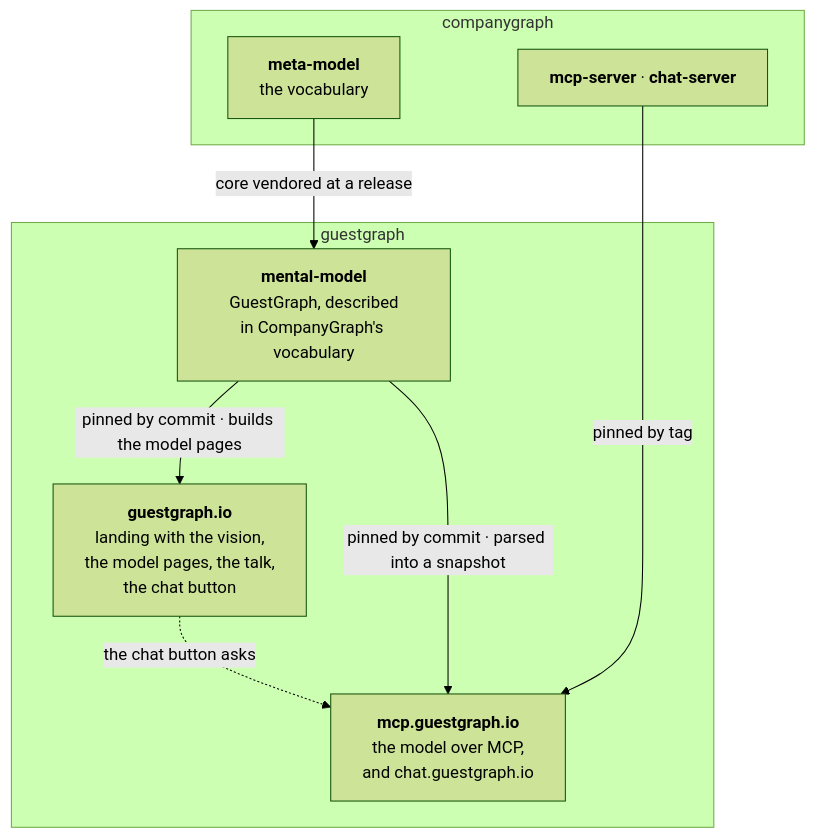
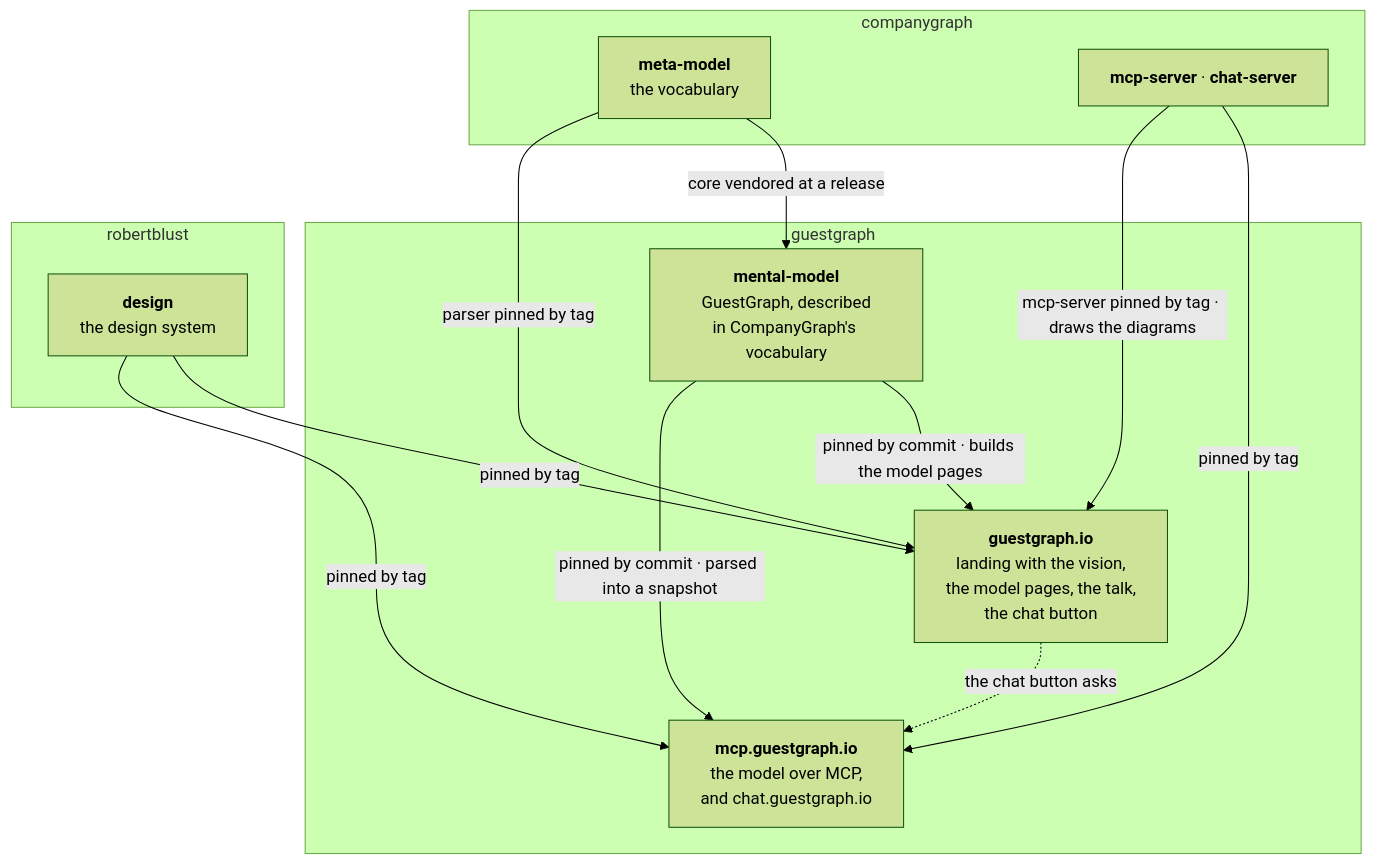
One commit to guestgraph/.github changed the second of 2 diagrams in profile/README.md. Above: the diagram before and after it, drawn with Mermaid (forest theme). The commit also changed other lines of this file, not shown here.

Commit message:
The profile draws every pin guestgraph.io and the MCP host take
The diagram of GuestGraph's own model showed only the pins that carry the model, while guestgraph.io also runs the meta-model's instance parser and the mcp-server's diagrams at a tag, and both guestgraph.io and mcp-guestgraph-io take robertblust/design at a tag, as their package.json files name it. Those edges are now drawn in the diagram's own style, with design in a subgraph of its own organization.

The introduction is now called short rather than given a length in minutes, because the talk's length moves with every edit and nothing here would notice.

Verified: the diagram renders with mmdc, and sh conventions/conventions-check, sh conventions/conventions-format and sh conventions/conventions-sync check passed.

Process: Delivery
Phase: Implement
Track: Prose

````diff
--- a/profile/README.md
+++ b/profile/README.md
@@ -58,19 +58,26 @@
 ```mermaid
 flowchart TB
     subgraph gg["guestgraph"]
         GGMM["<b>mental-model</b><br/>GuestGraph, described<br/>in CompanyGraph's vocabulary"]
         SITE["<b>guestgraph.io</b><br/>landing with the vision,<br/>the model pages, the talk,<br/>the chat button"]
         MCPGG["<b>mcp.guestgraph.io</b><br/>the model over MCP,<br/>and chat.guestgraph.io"]
     end
 
     subgraph cg["companygraph"]
         MM["<b>meta-model</b><br/>the vocabulary"]
         SRV["<b>mcp-server</b> · <b>chat-server</b>"]
     end
 
+    subgraph rb["robertblust"]
+        DES["<b>design</b><br/>the design system"]
+    end
+
     MM -- "core vendored at a release" --> GGMM
+    MM -- "parser pinned by tag" --> SITE
     GGMM -- "pinned by commit · builds the model pages" --> SITE
     GGMM -- "pinned by commit · parsed into a snapshot" --> MCPGG
     SRV -- "pinned by tag" --> MCPGG
+    SRV -- "mcp-server pinned by tag · draws the diagrams" --> SITE
+    DES -- "pinned by tag" --> SITE & MCPGG
     SITE -. "the chat button asks" .-> MCPGG
 ```
````
